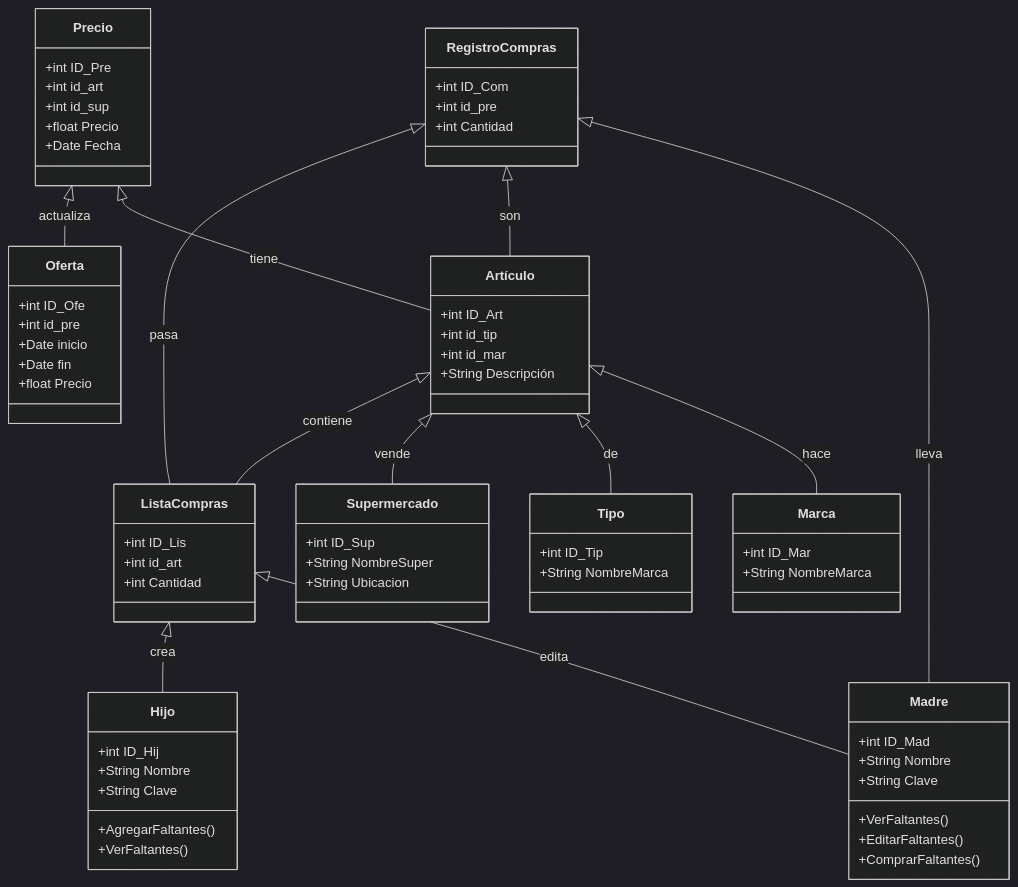
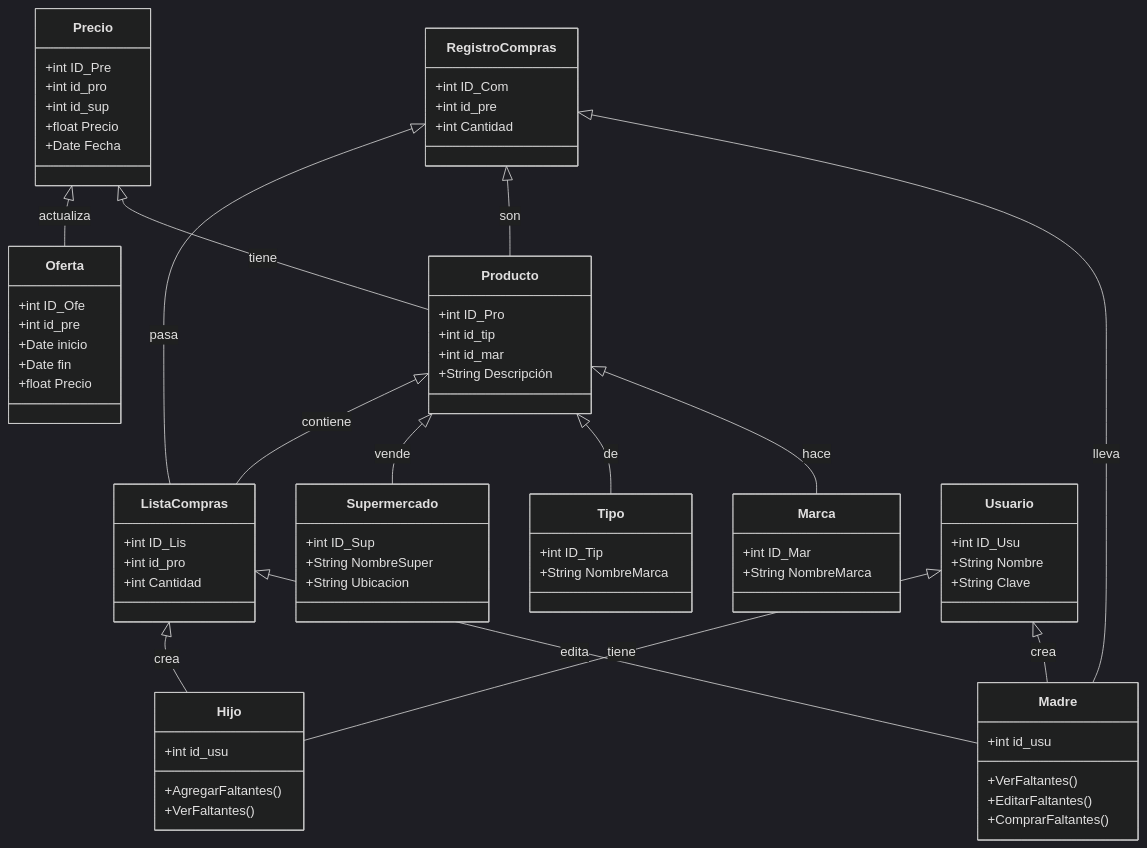
The third of 11 diagrams in README.md (LocoUnPocoNadaMas/Lista-Compras), drawn with Mermaid (dark theme) before and after one commit. The commit also changed other lines of this file, not shown here.

Commit message:
Edición menor

````diff
--- a/README.md
+++ b/README.md
@@ -534,70 +534,73 @@
 ```mermaid
 classDiagram
-Artículo  <|-- Marca : hace
-Artículo  <|-- Tipo : de
-Artículo  <|-- Supermercado : vende
-Artículo  <|-- ListaCompras : contiene
+Producto  <|-- Marca : hace
+Producto  <|-- Tipo : de
+Producto  <|-- Supermercado : vende
+Producto  <|-- ListaCompras : contiene
 ListaCompras  <|--  Madre  :  edita
 RegistroCompras  <|--  Madre  :  lleva
-RegistroCompras  <|--  Artículo  :  son
+RegistroCompras  <|--  Producto  :  son
 RegistroCompras  <|--  ListaCompras  :  pasa
-Precio  <|--  Artículo  :  tiene
+Precio  <|--  Producto  :  tiene
 Precio  <|--  Oferta :  actualiza
 ListaCompras  <|--  Hijo  :  crea
-Artículo  :  +int ID_Art
-Artículo  :  +int id_tip
-Artículo  :  +int id_mar
-Artículo  :  +String Descripción
+Producto  :  +int ID_Pro
+Producto  :  +int id_tip
+Producto  :  +int id_mar
+Producto  :  +String Descripción
+Usuario  <|--  Madre  :  crea
+Usuario  <|--  Hijo  :  tiene
 class  Marca{
 +int ID_Mar
 +String NombreMarca
 }
 class  Tipo{
 +int ID_Tip
 +String NombreMarca
 }
 class  Supermercado{
 +int ID_Sup
 +String NombreSuper
 +String Ubicacion
 }
 class  ListaCompras{
 +int ID_Lis
-+int id_art
++int id_pro
 +int Cantidad
 }
 class  RegistroCompras{
 +int ID_Com
 +int id_pre
 +int Cantidad
 }
 class  Precio{
 +int ID_Pre
-+int id_art
++int id_pro
 +int id_sup
 +float Precio
 +Date Fecha
 }
 class  Oferta{
 +int ID_Ofe
 +int id_pre
 +Date inicio
 +Date fin
 +float Precio
 }
-class  Hijo{
-+int ID_Hij
+class  Usuario{
++int ID_Usu
 +String Nombre
 +String Clave
+}
+class  Hijo{
++int id_usu
 +AgregarFaltantes()
 +VerFaltantes()
 }
 class  Madre{
-+int ID_Mad
-+String Nombre
-+String Clave
++int id_usu
 +VerFaltantes()
 +EditarFaltantes()
 +ComprarFaltantes()
 }
 ```
````
